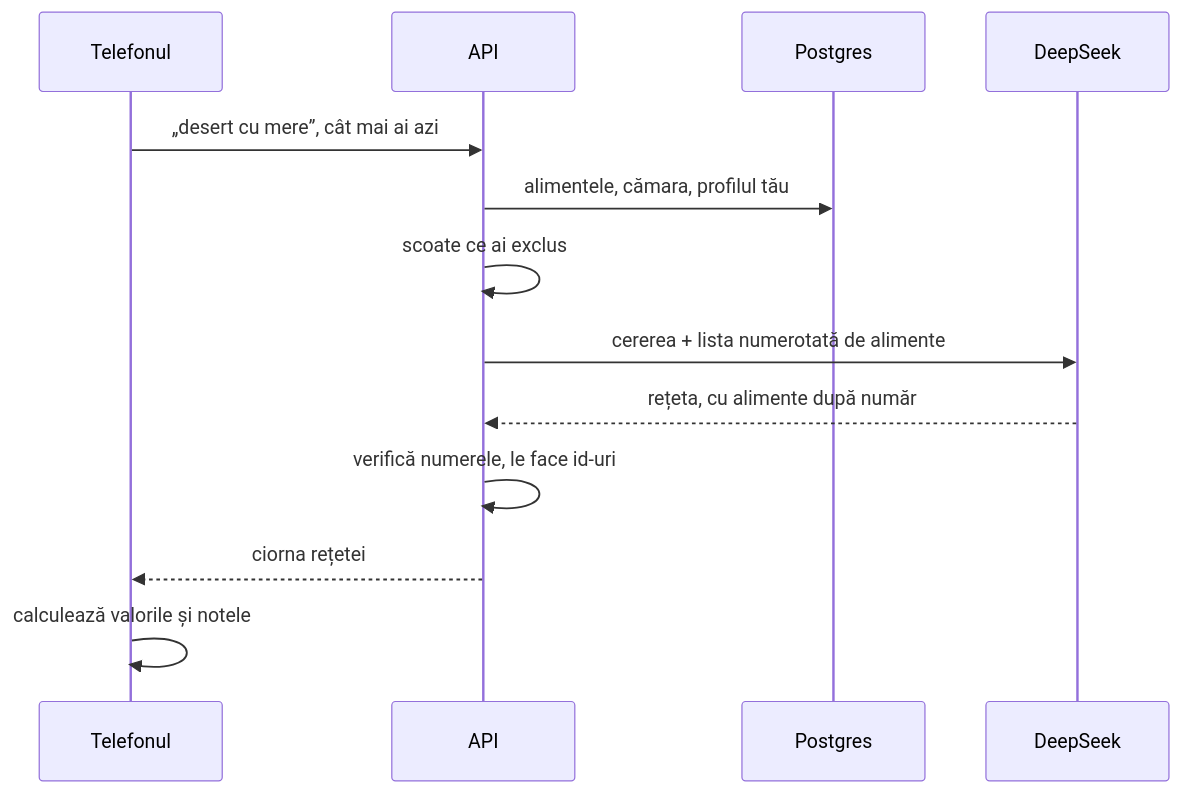
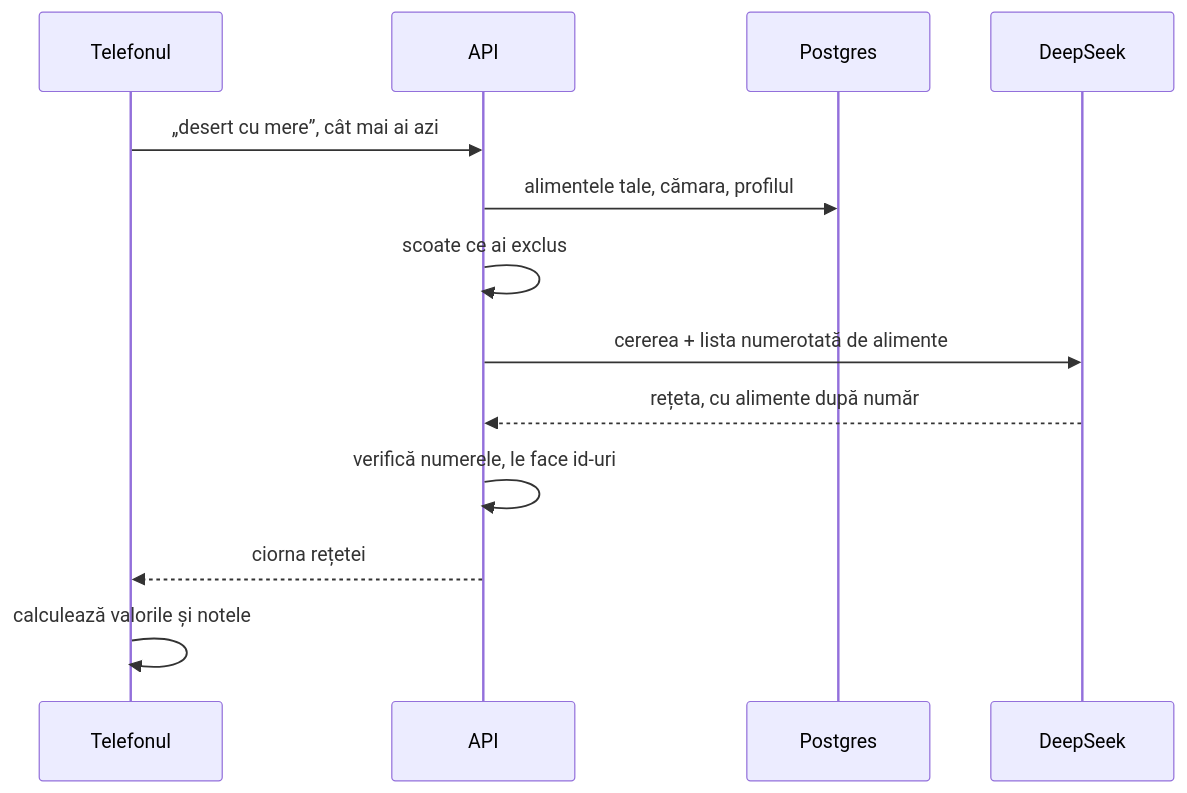
Before and after one commit to developedbyflow/macro-mate: the second of 3 diagrams in docs/ghid/06-alimente-scanare-ai.md, drawn with Mermaid. The commit also changed other lines of this file and 81 other files, not shown here.

````diff
--- a/docs/ghid/06-alimente-scanare-ai.md
+++ b/docs/ghid/06-alimente-scanare-ai.md
@@ -105,15 +105,15 @@
 ```mermaid
 sequenceDiagram
   participant T as Telefonul
   participant A as API
   participant P as Postgres
   participant D as DeepSeek
   T->>A: „desert cu mere”, cât mai ai azi
-  A->>P: alimentele, cămara, profilul tău
+  A->>P: alimentele tale, cămara, profilul
   A->>A: scoate ce ai exclus
   A->>D: cererea + lista numerotată de alimente
   D-->>A: rețeta, cu alimente după număr
   A->>A: verifică numerele, le face id-uri
   A-->>T: ciorna rețetei
   T->>T: calculează valorile și notele
 ```
````
